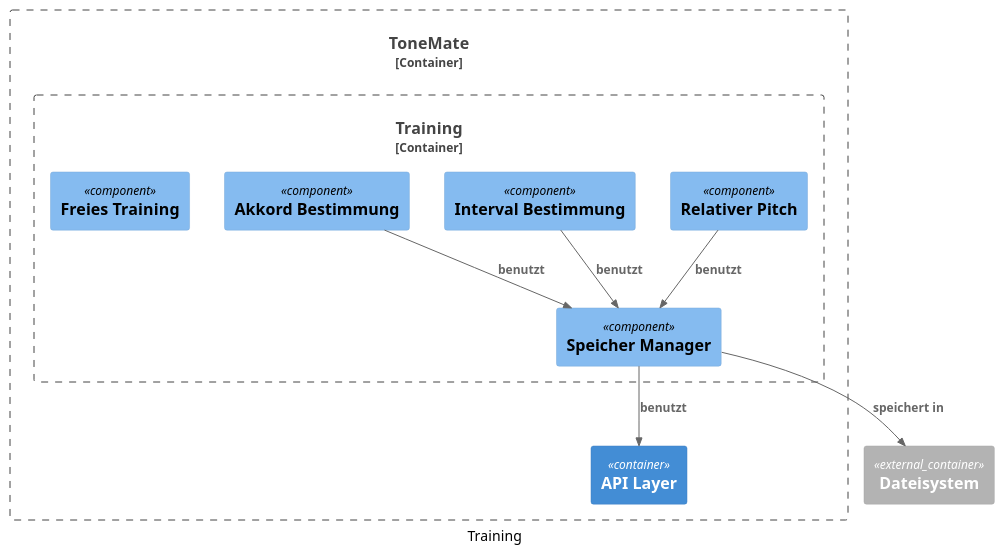
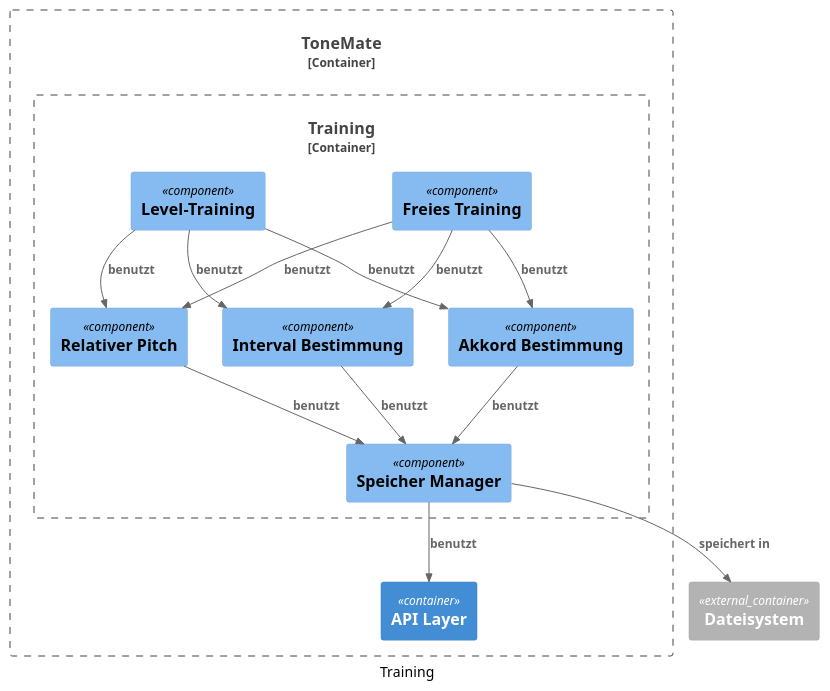
Before and after one commit to BB223/sw-architecture: the diagram in diagrams/ebene2_training.puml, drawn with PlantUML. The commit also changed 18 other files, not shown here.

```diff
--- a/diagrams/ebene2_training.puml
+++ b/diagrams/ebene2_training.puml
@@ -1,26 +1,33 @@
 @startuml
 !include <C4/C4_Component>
 
 caption Training
 
 Container_Boundary(toneMate, "ToneMate") {
     Container_Boundary(training, "Training") {
+        Component(freiesTraining, "Freies Training")
+        Component(levelTraining, "Level-Training")
         Component(relativerPitch, "Relativer Pitch")
         Component(intervalBestimmung, "Interval Bestimmung")
         Component(akkordBestimmung, "Akkord Bestimmung")
-        Component(freiesTraining, "Freies Training")
         Component(speicherManager, "Speicher Manager")
 
+        Rel(freiesTraining, relativerPitch, "benutzt")
+        Rel(freiesTraining, intervalBestimmung, "benutzt")
+        Rel(freiesTraining, akkordBestimmung, "benutzt")
+        Rel(levelTraining, relativerPitch, "benutzt")
+        Rel(levelTraining, intervalBestimmung, "benutzt")
+        Rel(levelTraining, akkordBestimmung, "benutzt")
         Rel(relativerPitch, speicherManager, "benutzt")
         Rel(akkordBestimmung, speicherManager, "benutzt")
         Rel(intervalBestimmung, speicherManager, "benutzt")
     }
     Container(api, "API Layer")
 
     Rel(speicherManager, api, "benutzt")
 }
 Container_Ext(dateiSystem, "Dateisystem")
 
 Rel(speicherManager, dateiSystem, "speichert in")
 
 @enduml
```
